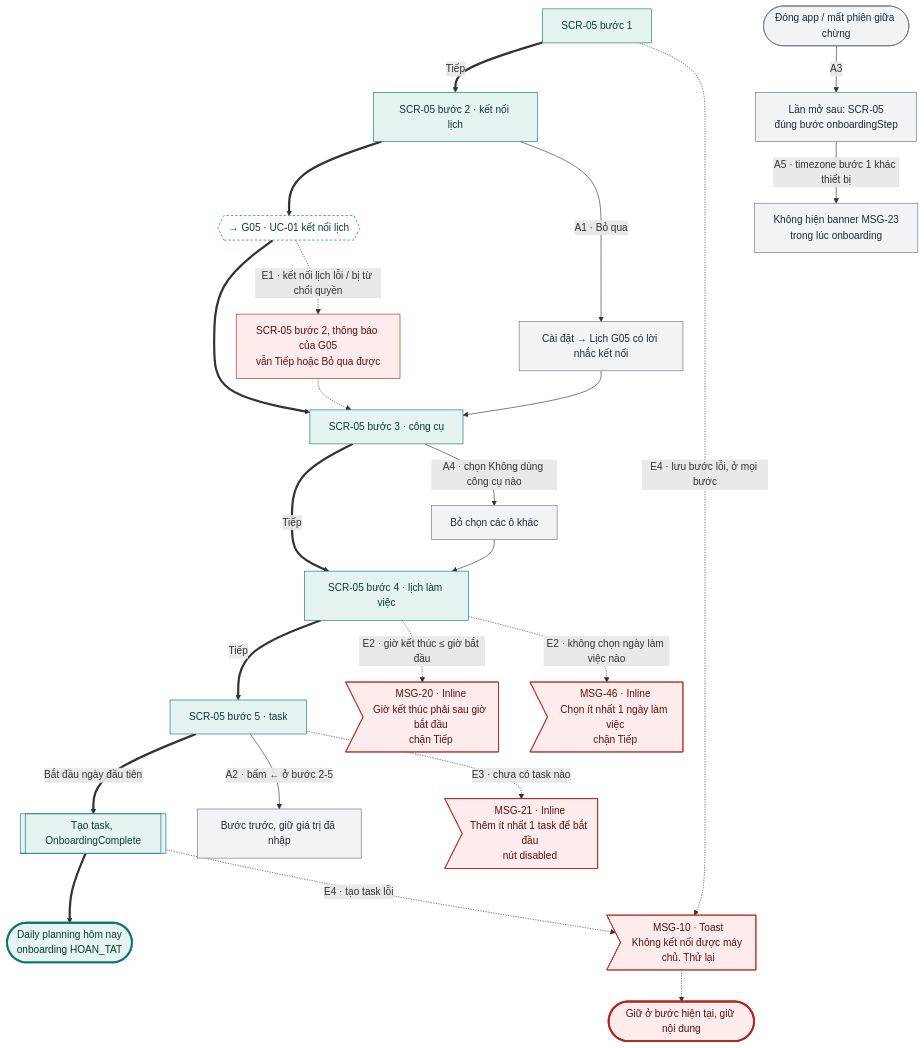
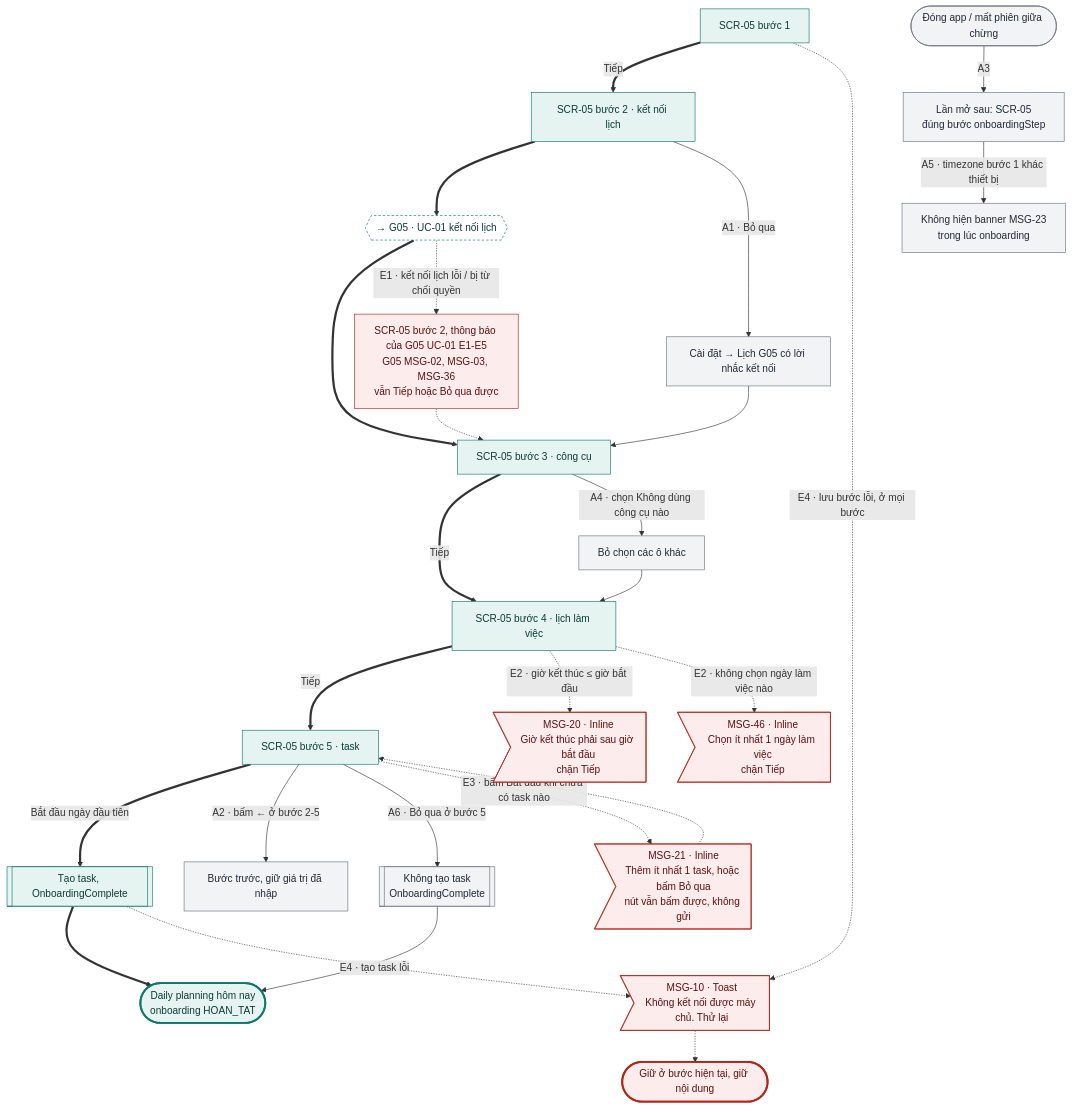
One commit to tannguyenho/personal-app changed diagram 12 of 27 in docs/design-brief/flow/g01-tai-khoan.md. Above: the diagram before and after it, drawn with Mermaid. The commit also changed other lines of this file and 6 other files, not shown here.

First line of the commit message:
docs(G01, G10): áp quyết định PO 09/11 vào SRS, PRD, flow; IA trỏ mã mới

````diff
--- a/docs/design-brief/flow/g01-tai-khoan.md
+++ b/docs/design-brief/flow/g01-tai-khoan.md
@@ -546,46 +546,49 @@
 ```mermaid
 flowchart TD
   s1["SCR-05 bước 1"]
   s2["SCR-05 bước 2 · kết nối lịch"]
   x1{{"→ G05 · UC-01 kết nối lịch"}}
   s3["SCR-05 bước 3 · công cụ"]
   s4["SCR-05 bước 4 · lịch làm việc"]
   s5["SCR-05 bước 5 · task"]
   p2[["Tạo task, OnboardingComplete"]]
   ok(["Daily planning hôm nay<br/>onboarding HOAN_TAT"])
 
   s1 ==>|"Tiếp"| s2 ==> x1 ==> s3 ==>|"Tiếp"| s4 ==>|"Tiếp"| s5 ==>|"Bắt đầu ngày đầu tiên"| p2 ==> ok
 
   s2 -->|"A1 · Bỏ qua"| a1["Cài đặt → Lịch G05 có lời nhắc kết nối"]
   a1 --> s3
   s5 -->|"A2 · bấm ← ở bước 2-5"| a2["Bước trước, giữ giá trị đã nhập"]
   a3s(["Đóng app / mất phiên giữa chừng"]) -->|"A3"| a3["Lần mở sau: SCR-05<br/>đúng bước onboardingStep"]
   a3 -->|"A5 · timezone bước 1 khác thiết bị"| a5["Không hiện banner MSG-23<br/>trong lúc onboarding"]
   s3 -->|"A4 · chọn Không dùng công cụ nào"| a4["Bỏ chọn các ô khác"]
   a4 --> s4
+  s5 -->|"A6 · Bỏ qua ở bước 5"| a6[["Không tạo task<br/>OnboardingComplete"]]
+  a6 --> ok
 
-  x1 -.->|"E1 · kết nối lịch lỗi / bị từ chối quyền"| e1["SCR-05 bước 2, thông báo của G05<br/>vẫn Tiếp hoặc Bỏ qua được"]
+  x1 -.->|"E1 · kết nối lịch lỗi / bị từ chối quyền"| e1["SCR-05 bước 2, thông báo của G05 UC-01 E1-E5<br/>G05 MSG-02, MSG-03, MSG-36<br/>vẫn Tiếp hoặc Bỏ qua được"]
   e1 -.-> s3
   s4 -.->|"E2 · giờ kết thúc ≤ giờ bắt đầu"| e2m>"MSG-20 · Inline<br/>Giờ kết thúc phải sau giờ bắt đầu<br/>chặn Tiếp"]
   s4 -.->|"E2 · không chọn ngày làm việc nào"| e2bm>"MSG-46 · Inline<br/>Chọn ít nhất 1 ngày làm việc<br/>chặn Tiếp"]
-  s5 -.->|"E3 · chưa có task nào"| e3m>"MSG-21 · Inline<br/>Thêm ít nhất 1 task để bắt đầu<br/>nút disabled"]
+  s5 -.->|"E3 · bấm Bắt đầu khi chưa có task nào"| e3m>"MSG-21 · Inline<br/>Thêm ít nhất 1 task, hoặc bấm Bỏ qua<br/>nút vẫn bấm được, không gửi"]
+  e3m -.-> s5
   s1 -.->|"E4 · lưu bước lỗi, ở mọi bước"| e4m>"MSG-10 · Toast<br/>Không kết nối được máy chủ. Thử lại"]
   p2 -.->|"E4 · tạo task lỗi"| e4m
   e4m -.-> fail(["Giữ ở bước hiện tại, giữ nội dung"])
 
   class s1,s2,s3,s4,s5,p2 happy
   class x1 link
-  class a1,a2,a3s,a3,a5,a4 alt
+  class a1,a2,a3s,a3,a5,a4,a6 alt
   class e1,e2m,e2bm,e3m,e4m err
   class ok done
   class fail fail
   classDef happy fill:#E6F4F1,stroke:#0F766E,color:#0B3B36
   classDef alt fill:#F1F3F5,stroke:#6B7280,color:#1F2937
   classDef err fill:#FDECEC,stroke:#B42318,color:#5C1010
   classDef warn fill:#FEF4E2,stroke:#B45309,color:#4A2604
   classDef ai fill:#F1ECFD,stroke:#6D28D9,color:#2E1065
   classDef sync fill:#FFFFFF,stroke:#6B7280,stroke-dasharray:4 3,color:#1F2937
   classDef link fill:#FFFFFF,stroke:#0F766E,stroke-dasharray:4 3,color:#0B3B36
   classDef done fill:#E6F4F1,stroke:#0F766E,stroke-width:3px,color:#0B3B36
   classDef fail fill:#FDECEC,stroke:#B42318,stroke-width:3px,color:#5C1010
 ```
````
